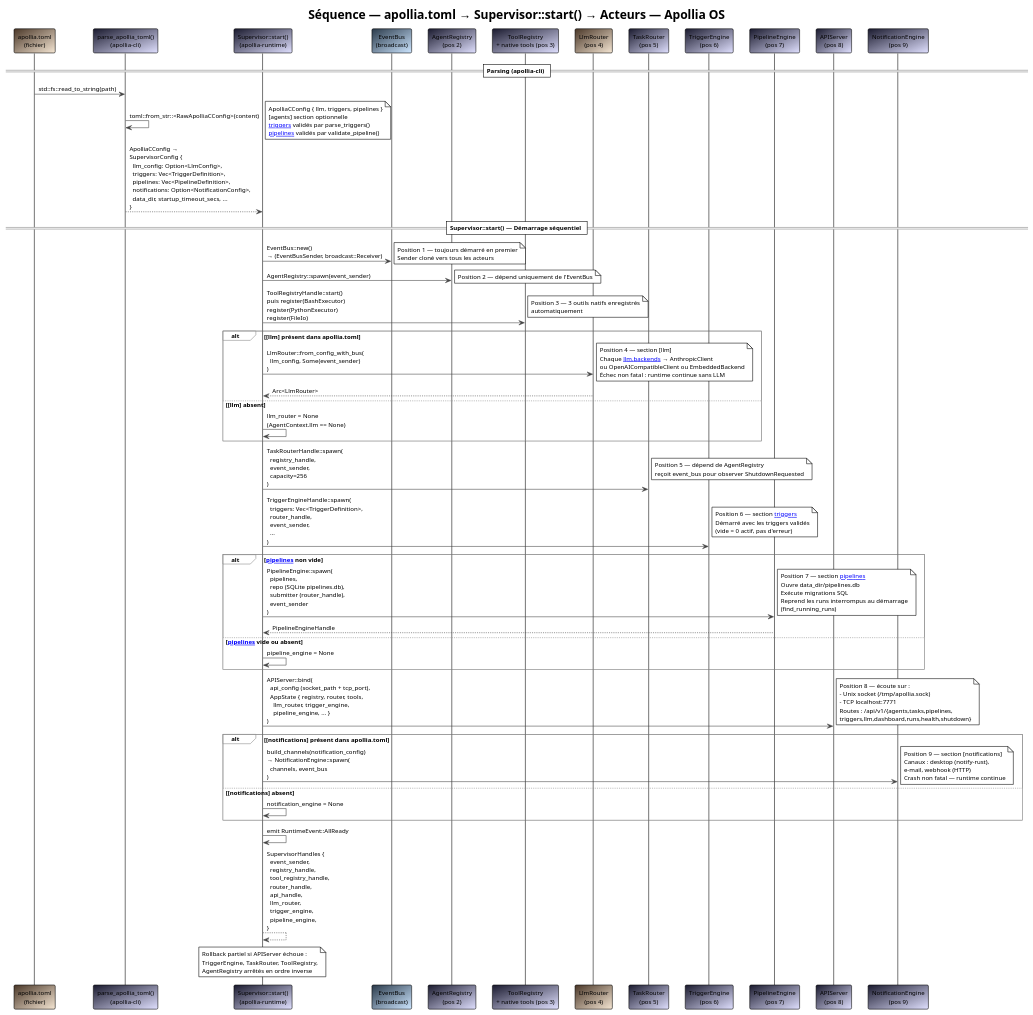
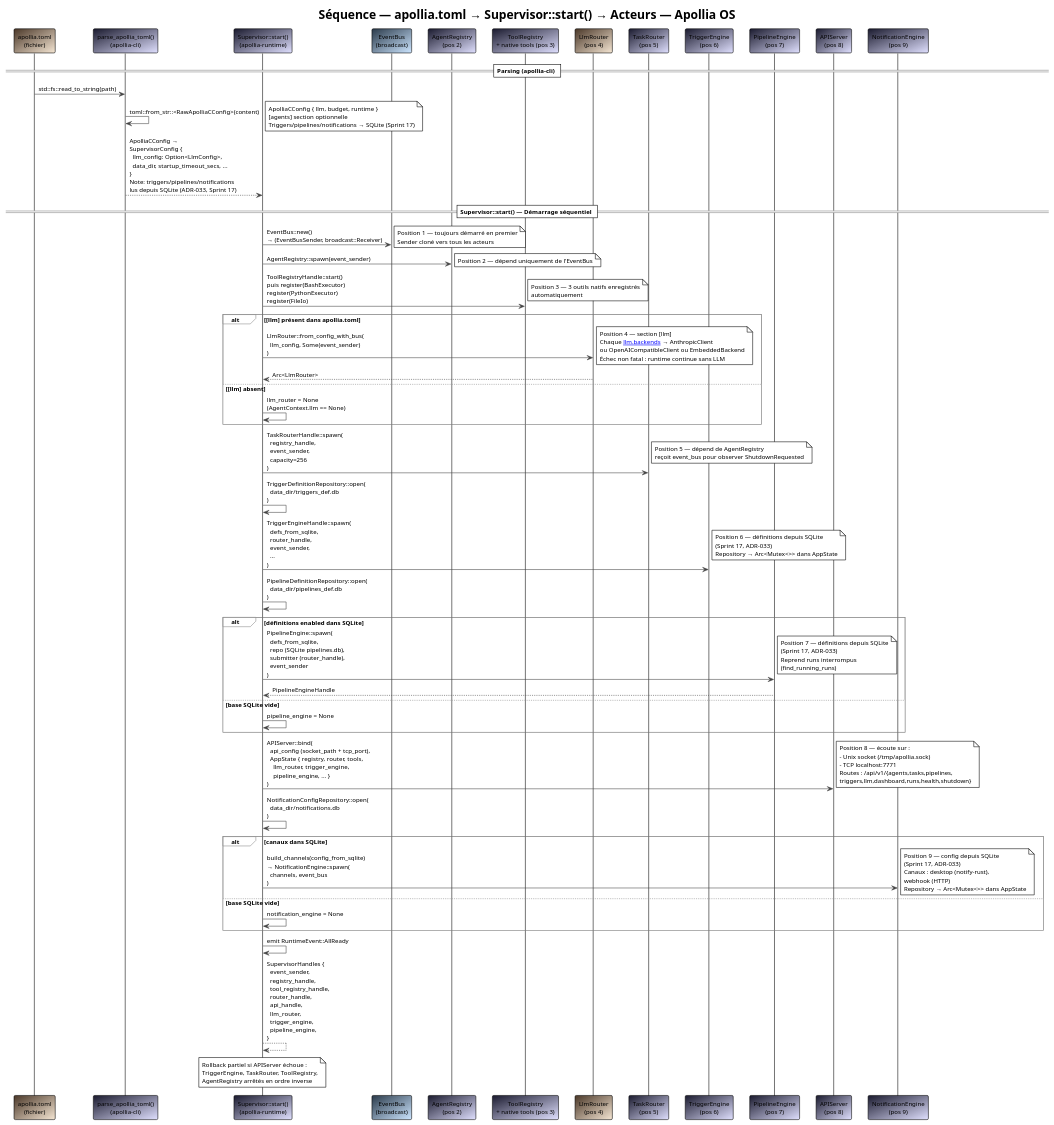
One commit to nidal-z/apollia-os changed the diagram in docs/diagrams/seq-config-to-actors.puml. Above: the diagram before and after it, drawn with PlantUML. The commit also changed 28 other files, not shown here.

First line of the commit message:
chore(docs): update CLAUDE.md and architecture diagrams

```diff
--- a/docs/diagrams/seq-config-to-actors.puml
+++ b/docs/diagrams/seq-config-to-actors.puml
@@ -1,82 +1,85 @@
 @startuml seq-config-to-actors
 !theme plain
 skinparam backgroundColor #FFFFFF
 skinparam defaultFontName "JetBrains Mono"
 skinparam defaultFontSize 11
 skinparam ArrowColor #444444
 skinparam BorderColor #444444
 skinparam SequenceGroupBorderColor #888888
 
 title Séquence — apollia.toml → Supervisor::start() → Acteurs — Apollia OS
 
 participant "apollia.toml\n(fichier)" as toml #4a3728/f5e6d3
 participant "parse_apollia_toml()\n(apollia-cli)" as cfg #1a1a2e/e0e0ff
 participant "Supervisor::start()\n(apollia-runtime)" as sup #1a1a2e/e0e0ff
 
 participant "EventBus\n(broadcast)" as bus #2a3a4a/cce5ff
 participant "AgentRegistry\n(pos 2)" as reg #1a1a2e/e0e0ff
 participant "ToolRegistry\n+ native tools (pos 3)" as tools #1a1a2e/e0e0ff
 participant "LlmRouter\n(pos 4)" as llm #4a3728/f5e6d3
 participant "TaskRouter\n(pos 5)" as router #1a1a2e/e0e0ff
 participant "TriggerEngine\n(pos 6)" as trig #1a1a2e/e0e0ff
 participant "PipelineEngine\n(pos 7)" as pipe #1a1a2e/e0e0ff
 participant "APIServer\n(pos 8)" as api #1a1a2e/e0e0ff
 participant "NotificationEngine\n(pos 9)" as notif #1a1a2e/e0e0ff
 
 == Parsing (apollia-cli) ==
 
 toml -> cfg : std::fs::read_to_string(path)
 cfg -> cfg : toml::from_str::<RawApolliaCConfig>(content)
-note right : ApolliaCConfig { llm, triggers, pipelines }\n[agents] section optionnelle\n[[triggers]] validés par parse_triggers()\n[[pipelines]] validés par validate_pipeline()
+note right : ApolliaCConfig { llm, budget, runtime }\n[agents] section optionnelle\nTriggers/pipelines/notifications → SQLite (Sprint 17)
 
-cfg --> sup : ApolliaCConfig →\nSupervisorConfig {\n  llm_config: Option<LlmConfig>,\n  triggers: Vec<TriggerDefinition>,\n  pipelines: Vec<PipelineDefinition>,\n  notifications: Option<NotificationConfig>,\n  data_dir, startup_timeout_secs, ...\n}
+cfg --> sup : ApolliaCConfig →\nSupervisorConfig {\n  llm_config: Option<LlmConfig>,\n  data_dir, startup_timeout_secs, ...\n}\nNote: triggers/pipelines/notifications\nlus depuis SQLite (ADR-033, Sprint 17)
 
 == Supervisor::start() — Démarrage séquentiel ==
 
 sup -> bus : EventBus::new()\n→ (EventBusSender, broadcast::Receiver)
 note right : Position 1 — toujours démarré en premier\nSender cloné vers tous les acteurs
 
 sup -> reg : AgentRegistry::spawn(event_sender)
 note right : Position 2 — dépend uniquement de l'EventBus
 
 sup -> tools : ToolRegistryHandle::start()\npuis register(BashExecutor)\nregister(PythonExecutor)\nregister(FileIo)
 note right : Position 3 — 3 outils natifs enregistrés\nautomatiquement
 
 alt [llm] présent dans apollia.toml
   sup -> llm : LlmRouter::from_config_with_bus(\n  llm_config, Some(event_sender)\n)
   note right : Position 4 — section [llm]\nChaque [[llm.backends]] → AnthropicClient\nou OpenAICompatibleClient ou EmbeddedBackend\nÉchec non fatal : runtime continue sans LLM
   llm --> sup : Arc<LlmRouter>
 else [llm] absent
   sup -> sup : llm_router = None\n(AgentContext.llm == None)
 end
 
 sup -> router : TaskRouterHandle::spawn(\n  registry_handle,\n  event_sender,\n  capacity=256\n)
 note right : Position 5 — dépend de AgentRegistry\nreçoit event_bus pour observer ShutdownRequested
 
-sup -> trig : TriggerEngineHandle::spawn(\n  triggers: Vec<TriggerDefinition>,\n  router_handle,\n  event_sender,\n  ...\n)
-note right : Position 6 — section [[triggers]]\nDémarré avec les triggers validés\n(vide = 0 actif, pas d'erreur)
+sup -> sup : TriggerDefinitionRepository::open(\n  data_dir/triggers_def.db\n)
+sup -> trig : TriggerEngineHandle::spawn(\n  defs_from_sqlite,\n  router_handle,\n  event_sender,\n  ...\n)
+note right : Position 6 — définitions depuis SQLite\n(Sprint 17, ADR-033)\nRepository → Arc<Mutex<>> dans AppState
 
-alt [[pipelines]] non vide
-  sup -> pipe : PipelineEngine::spawn(\n  pipelines,\n  repo (SQLite pipelines.db),\n  submitter (router_handle),\n  event_sender\n)
-  note right : Position 7 — section [[pipelines]]\nOuvre data_dir/pipelines.db\nExécute migrations SQL\nReprend les runs interrompus au démarrage\n(find_running_runs)
+sup -> sup : PipelineDefinitionRepository::open(\n  data_dir/pipelines_def.db\n)
+alt définitions enabled dans SQLite
+  sup -> pipe : PipelineEngine::spawn(\n  defs_from_sqlite,\n  repo (SQLite pipelines.db),\n  submitter (router_handle),\n  event_sender\n)
+  note right : Position 7 — définitions depuis SQLite\n(Sprint 17, ADR-033)\nReprend runs interrompus\n(find_running_runs)
   pipe --> sup : PipelineEngineHandle
-else [[pipelines]] vide ou absent
+else base SQLite vide
   sup -> sup : pipeline_engine = None
 end
 
 sup -> api : APIServer::bind(\n  api_config (socket_path + tcp_port),\n  AppState { registry, router, tools,\n    llm_router, trigger_engine,\n    pipeline_engine, ... }\n)
 note right : Position 8 — écoute sur :\n- Unix socket (/tmp/apollia.sock)\n- TCP localhost:7771\nRoutes : /api/v1/{agents,tasks,pipelines,\ntriggers,llm,dashboard,runs,health,shutdown}
 
-alt [notifications] présent dans apollia.toml
-  sup -> notif : build_channels(notification_config)\n→ NotificationEngine::spawn(\n  channels, event_bus\n)
-  note right : Position 9 — section [notifications]\nCanaux : desktop (notify-rust),\ne-mail, webhook (HTTP)\nCrash non fatal — runtime continue
-else [notifications] absent
+sup -> sup : NotificationConfigRepository::open(\n  data_dir/notifications.db\n)
+alt canaux dans SQLite
+  sup -> notif : build_channels(config_from_sqlite)\n→ NotificationEngine::spawn(\n  channels, event_bus\n)
+  note right : Position 9 — config depuis SQLite\n(Sprint 17, ADR-033)\nCanaux : desktop (notify-rust),\nwebhook (HTTP)\nRepository → Arc<Mutex<>> dans AppState
+else base SQLite vide
   sup -> sup : notification_engine = None
 end
 
 sup -> sup : emit RuntimeEvent::AllReady
 sup --> sup : SupervisorHandles {\n  event_sender,\n  registry_handle,\n  tool_registry_handle,\n  router_handle,\n  api_handle,\n  llm_router,\n  trigger_engine,\n  pipeline_engine,\n}
 
 note over sup : Rollback partiel si APIServer échoue :\nTriggerEngine, TaskRouter, ToolRegistry,\nAgentRegistry arrêtés en ordre inverse
 
 @enduml
```
